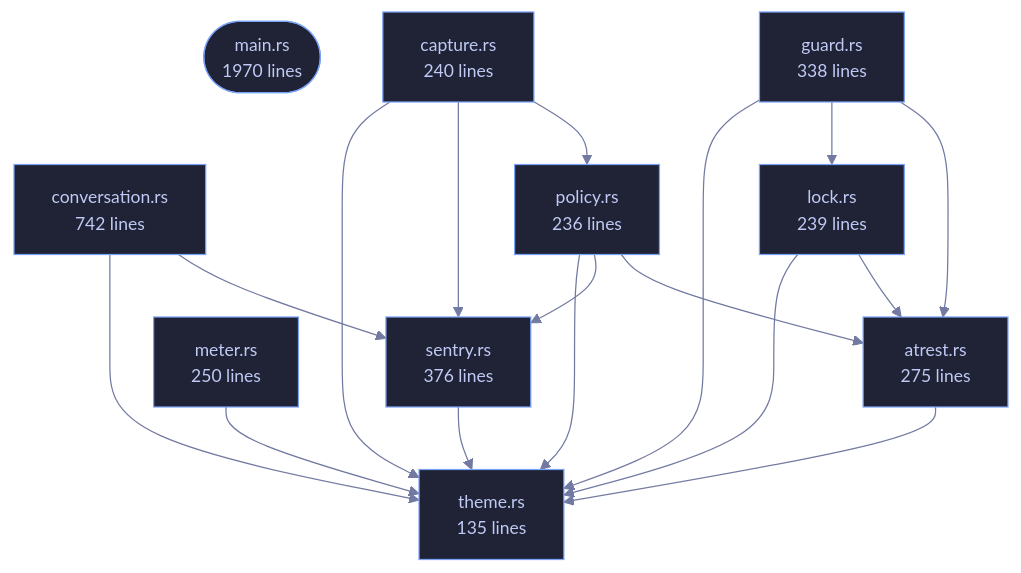
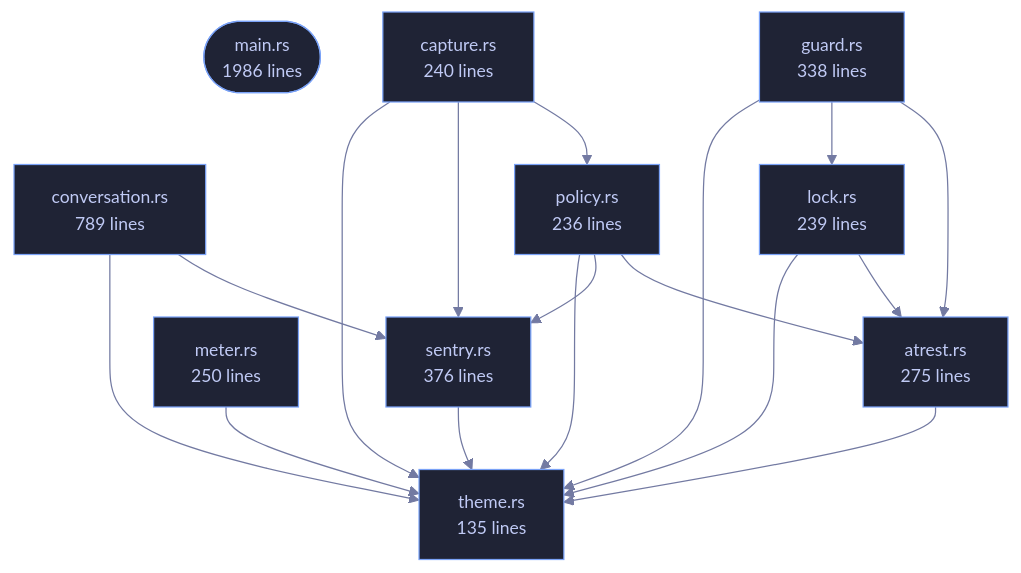
One commit to tilas01/veilvoice changed the diagram in wiki/Crate-veilvoice-cli.md. Above: the diagram before and after it, drawn with Mermaid. The commit also changed other lines of this file and 68 other files, not shown here.

````diff
--- a/wiki/Crate-veilvoice-cli.md
+++ b/wiki/Crate-veilvoice-cli.md
@@ -97,40 +97,40 @@
 ```mermaid
 %%{init: {"theme":"base","themeVariables":{"background":"#1a1b26","primaryColor":"#1f2335","primaryTextColor":"#c0caf5","primaryBorderColor":"#7aa2f7","secondaryColor":"#16161e","tertiaryColor":"#16161e","lineColor":"#737aa2","textColor":"#c0caf5","mainBkg":"#1f2335","nodeBorder":"#7aa2f7","clusterBkg":"#16161e","clusterBorder":"#2f3549","fontFamily":"ui-monospace, SFMono-Regular, Consolas, monospace","fontSize":"14px"}}}%%
 flowchart TD
-    n_main(["main.rs<br/>1970 lines"])
+    n_main(["main.rs<br/>1986 lines"])
     n_atrest["atrest.rs<br/>275 lines"]
     n_capture["capture.rs<br/>240 lines"]
-    n_conversation["conversation.rs<br/>742 lines"]
+    n_conversation["conversation.rs<br/>789 lines"]
     n_guard["guard.rs<br/>338 lines"]
     n_lock["lock.rs<br/>239 lines"]
     n_meter["meter.rs<br/>250 lines"]
     n_policy["policy.rs<br/>236 lines"]
     n_sentry["sentry.rs<br/>376 lines"]
     n_theme["theme.rs<br/>135 lines"]
     n_atrest --> n_theme
     n_capture --> n_policy
     n_capture --> n_sentry
     n_capture --> n_theme
     n_conversation --> n_sentry
     n_conversation --> n_theme
     n_guard --> n_atrest
     n_guard --> n_lock
     n_guard --> n_theme
     n_lock --> n_atrest
     n_lock --> n_theme
     n_meter --> n_theme
     n_policy --> n_atrest
     n_policy --> n_sentry
     n_policy --> n_theme
     n_sentry --> n_theme
     click n_main href "https://github.com/tilas01/veilvoice/blob/main/crates/veilvoice-cli/src/main.rs" "open the source"
     click n_atrest href "https://github.com/tilas01/veilvoice/blob/main/crates/veilvoice-cli/src/atrest.rs" "open the source"
     click n_capture href "https://github.com/tilas01/veilvoice/blob/main/crates/veilvoice-cli/src/capture.rs" "open the source"
     click n_conversation href "https://github.com/tilas01/veilvoice/blob/main/crates/veilvoice-cli/src/conversation.rs" "open the source"
     click n_guard href "https://github.com/tilas01/veilvoice/blob/main/crates/veilvoice-cli/src/guard.rs" "open the source"
     click n_lock href "https://github.com/tilas01/veilvoice/blob/main/crates/veilvoice-cli/src/lock.rs" "open the source"
     click n_meter href "https://github.com/tilas01/veilvoice/blob/main/crates/veilvoice-cli/src/meter.rs" "open the source"
     click n_policy href "https://github.com/tilas01/veilvoice/blob/main/crates/veilvoice-cli/src/policy.rs" "open the source"
     click n_sentry href "https://github.com/tilas01/veilvoice/blob/main/crates/veilvoice-cli/src/sentry.rs" "open the source"
     click n_theme href "https://github.com/tilas01/veilvoice/blob/main/crates/veilvoice-cli/src/theme.rs" "open the source"
 ```
````
